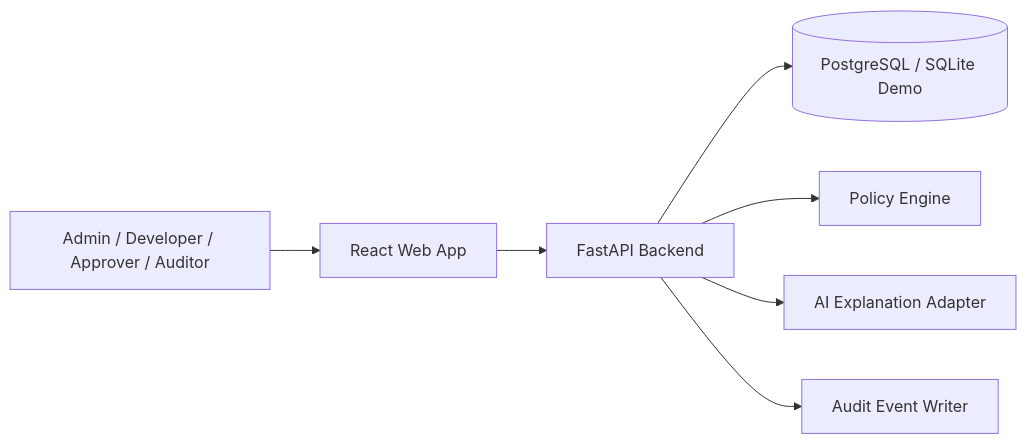
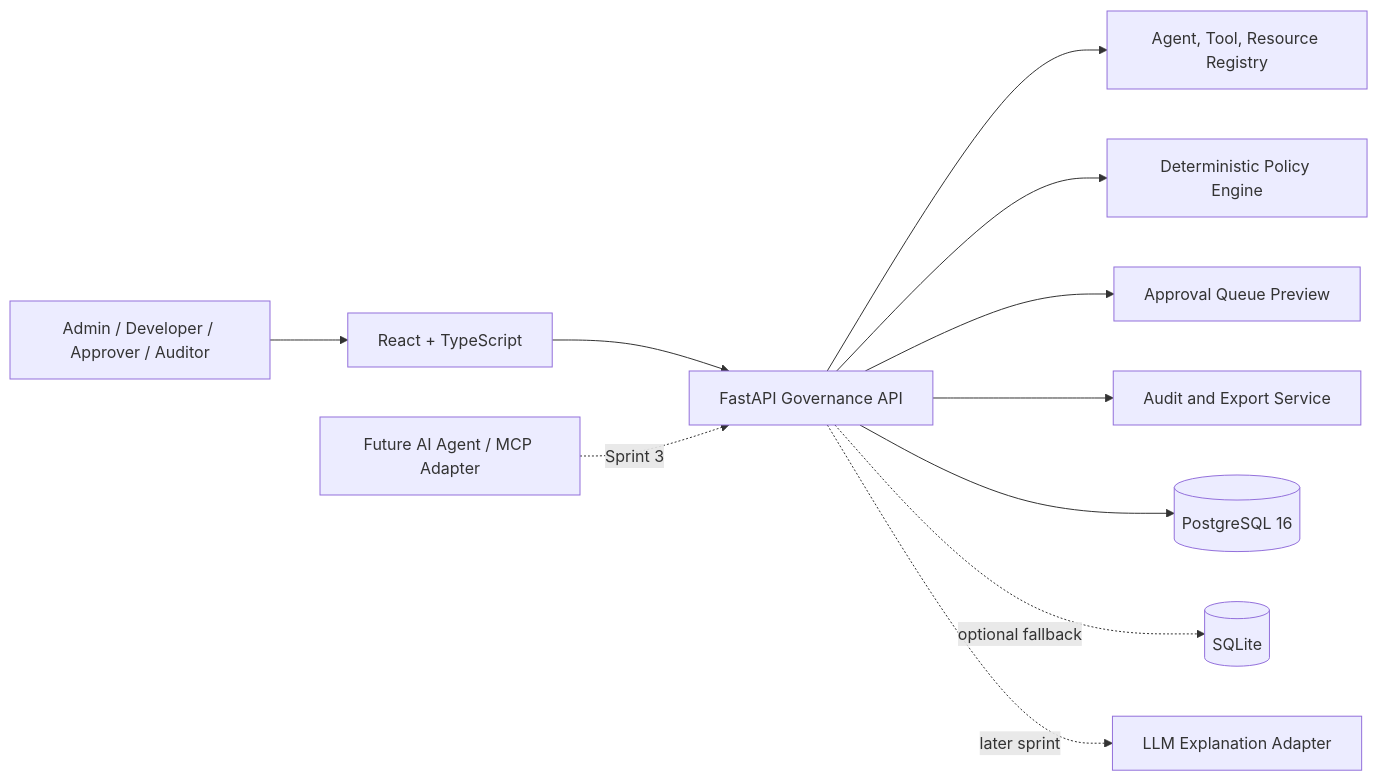
The first of 2 diagrams in docs/architecture.md (El-Moatasem/agentguard-ai-governance-platform), drawn with Mermaid before and after one commit. The commit also changed other lines of this file and 16 other files, not shown here.

````diff
--- a/docs/architecture.md
+++ b/docs/architecture.md
@@ -5,9 +5,13 @@
 ```mermaid
 flowchart LR
-  User[Admin / Developer / Approver / Auditor] --> Web[React Web App]
-  Web --> API[FastAPI Backend]
-  API --> DB[(PostgreSQL / SQLite Demo)]
-  API --> Policy[Policy Engine]
-  API --> Assistant[AI Explanation Adapter]
-  API --> Audit[Audit Event Writer]
+  User[Admin / Developer / Approver / Auditor] --> Web[React + TypeScript]
+  Web --> API[FastAPI Governance API]
+  Agent[Future AI Agent / MCP Adapter] -. Sprint 3 .-> API
+  API --> Registry[Agent, Tool, Resource Registry]
+  API --> Policy[Deterministic Policy Engine]
+  API --> Approval[Approval Queue Preview]
+  API --> Audit[Audit and Export Service]
+  API --> DB[(PostgreSQL 16)]
+  API -. optional fallback .-> SQLite[(SQLite)]
+  API -. later sprint .-> Assistant[LLM Explanation Adapter]
 ```
````
